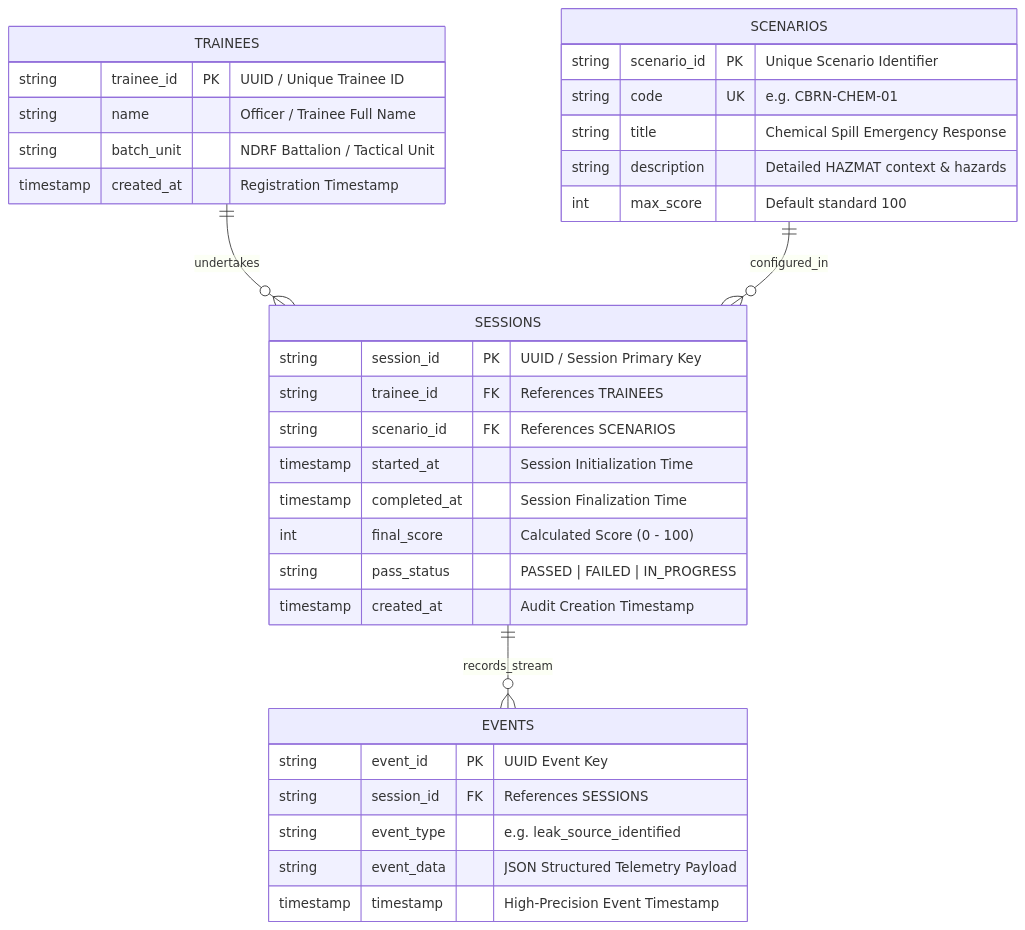
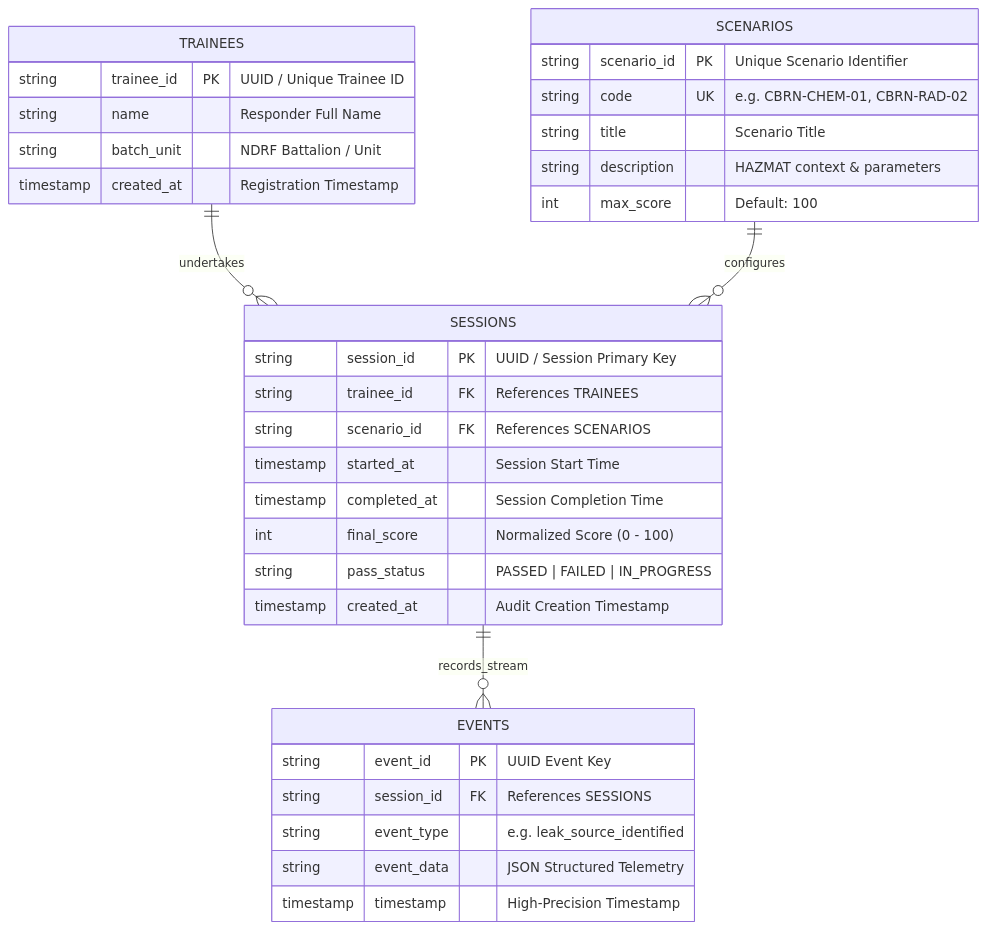
The fifth of 5 diagrams in README.md (Lohith-RC/CBRN-X), drawn with Mermaid before and after one commit. The commit also changed other lines of this file, not shown here.

Commit message:
docs: revise README.md with comprehensive diagrams, architecture, ERD, and API contracts

````diff
--- a/README.md
+++ b/README.md
@@ -218,40 +243,40 @@
 ```mermaid
 erDiagram
     TRAINEES ||--o{ SESSIONS : "undertakes"
-    SCENARIOS ||--o{ SESSIONS : "configured_in"
+    SCENARIOS ||--o{ SESSIONS : "configures"
     SESSIONS ||--o{ EVENTS : "records_stream"
 
     TRAINEES {
         string trainee_id PK "UUID / Unique Trainee ID"
-        string name "Officer / Trainee Full Name"
-        string batch_unit "NDRF Battalion / Tactical Unit"
+        string name "Responder Full Name"
+        string batch_unit "NDRF Battalion / Unit"
         timestamp created_at "Registration Timestamp"
     }
 
     SCENARIOS {
         string scenario_id PK "Unique Scenario Identifier"
-        string code UK "e.g. CBRN-CHEM-01"
-        string title "Chemical Spill Emergency Response"
-        string description "Detailed HAZMAT context & hazards"
-        int max_score "Default standard 100"
+        string code UK "e.g. CBRN-CHEM-01, CBRN-RAD-02"
+        string title "Scenario Title"
+        string description "HAZMAT context & parameters"
+        int max_score "Default: 100"
     }
 
     SESSIONS {
         string session_id PK "UUID / Session Primary Key"
         string trainee_id FK "References TRAINEES"
         string scenario_id FK "References SCENARIOS"
-        timestamp started_at "Session Initialization Time"
-        timestamp completed_at "Session Finalization Time"
-        int final_score "Calculated Score (0 - 100)"
+        timestamp started_at "Session Start Time"
+        timestamp completed_at "Session Completion Time"
+        int final_score "Normalized Score (0 - 100)"
         string pass_status "PASSED | FAILED | IN_PROGRESS"
         timestamp created_at "Audit Creation Timestamp"
     }
 
     EVENTS {
         string event_id PK "UUID Event Key"
         string session_id FK "References SESSIONS"
         string event_type "e.g. leak_source_identified"
-        string event_data "JSON Structured Telemetry Payload"
-        timestamp timestamp "High-Precision Event Timestamp"
+        string event_data "JSON Structured Telemetry"
+        timestamp timestamp "High-Precision Timestamp"
     }
 ```
````
